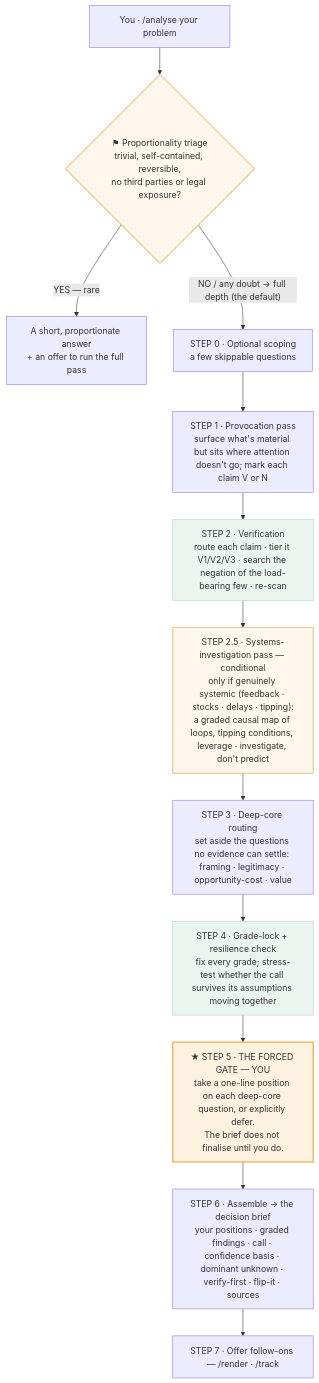
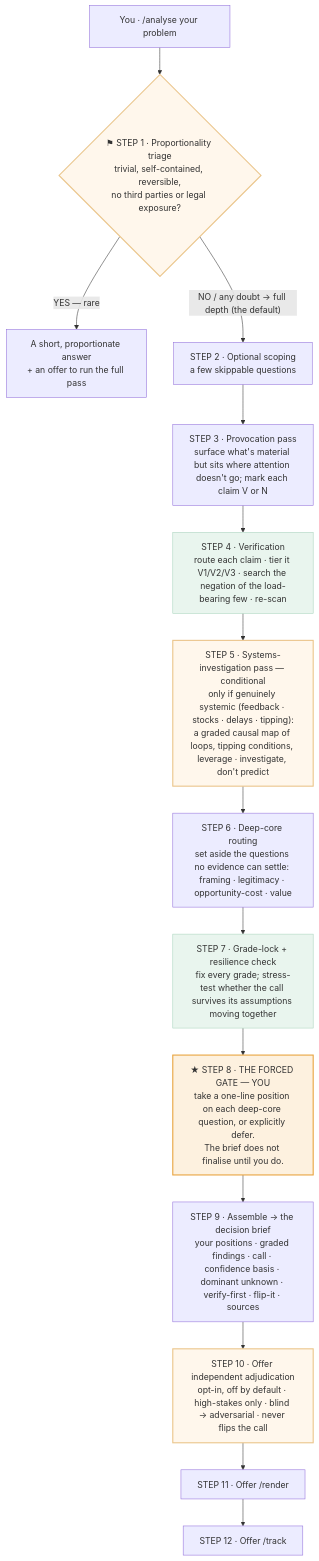
One commit to ComplexAR/Insight-Engine changed the second of 2 diagrams in docs/User-Operating-Guide.md. Above: the diagram before and after it, drawn with Mermaid. The commit also changed other lines of this file and 9 other files, not shown here.

````diff
--- a/docs/User-Operating-Guide.md
+++ b/docs/User-Operating-Guide.md
@@ -76,22 +79,25 @@
 ```mermaid
 flowchart TD
-    U["You · /analyse your problem"] --> T{"⚑ Proportionality triage<br/>trivial, self-contained, reversible,<br/>no third parties or legal exposure?"}
+    U["You · /analyse your problem"] --> T{"⚑ STEP 1 · Proportionality triage<br/>trivial, self-contained, reversible,<br/>no third parties or legal exposure?"}
     T -->|"YES — rare"| SH["A short, proportionate answer<br/>+ an offer to run the full pass"]
-    T -->|"NO / any doubt → full depth (the default)"| S0["STEP 0 · Optional scoping<br/>a few skippable questions"]
-    S0 --> S1["STEP 1 · Provocation pass<br/>surface what's material but sits where attention doesn't go; mark each claim V or N"]
-    S1 --> S2["STEP 2 · Verification<br/>route each claim · tier it V1/V2/V3 · search the negation of the load-bearing few · re-scan"]
-    S2 --> S25["STEP 2.5 · Systems-investigation pass — conditional<br/>only if genuinely systemic (feedback · stocks · delays · tipping):<br/>a graded causal map of loops, tipping conditions, leverage · investigate, don't predict"]
-    S25 --> S3["STEP 3 · Deep-core routing<br/>set aside the questions no evidence can settle: framing · legitimacy · opportunity-cost · value"]
-    S3 --> S4["STEP 4 · Grade-lock + resilience check<br/>fix every grade; stress-test whether the call survives its assumptions moving together"]
-    S4 --> G["★ STEP 5 · THE FORCED GATE — YOU<br/>take a one-line position on each deep-core question, or explicitly defer.<br/>The brief does not finalise until you do."]
-    G --> S6["STEP 6 · Assemble → the decision brief<br/>your positions · graded findings · call · confidence basis · dominant unknown · verify-first · flip-it · sources"]
-    S6 --> S7["STEP 7 · Offer follow-ons — /render · /track"]
+    T -->|"NO / any doubt → full depth (the default)"| S0["STEP 2 · Optional scoping<br/>a few skippable questions"]
+    S0 --> S1["STEP 3 · Provocation pass<br/>surface what's material but sits where attention doesn't go; mark each claim V or N"]
+    S1 --> S2["STEP 4 · Verification<br/>route each claim · tier it V1/V2/V3 · search the negation of the load-bearing few · re-scan"]
+    S2 --> S25["STEP 5 · Systems-investigation pass — conditional<br/>only if genuinely systemic (feedback · stocks · delays · tipping):<br/>a graded causal map of loops, tipping conditions, leverage · investigate, don't predict"]
+    S25 --> S3["STEP 6 · Deep-core routing<br/>set aside the questions no evidence can settle: framing · legitimacy · opportunity-cost · value"]
+    S3 --> S4["STEP 7 · Grade-lock + resilience check<br/>fix every grade; stress-test whether the call survives its assumptions moving together"]
+    S4 --> G["★ STEP 8 · THE FORCED GATE — YOU<br/>take a one-line position on each deep-core question, or explicitly defer.<br/>The brief does not finalise until you do."]
+    G --> S6["STEP 9 · Assemble → the decision brief<br/>your positions · graded findings · call · confidence basis · dominant unknown · verify-first · flip-it · sources"]
+    S6 --> S10["STEP 10 · Offer independent adjudication<br/>opt-in, off by default · high-stakes only · blind → adversarial · never flips the call"]
+    S10 --> S11["STEP 11 · Offer /render"]
+    S11 --> S12["STEP 12 · Offer /track"]
     classDef gate fill:#fdf1df,stroke:#e8a33d,stroke-width:2px;
     classDef cond fill:#fff7ec,stroke:#eac489,stroke-width:2px;
     classDef green fill:#e9f5ee,stroke:#a9d4bd;
     class G gate;
     class T cond;
     class S25 cond;
+    class S10 cond;
     class S2 green;
     class S4 green;
 ```
````
